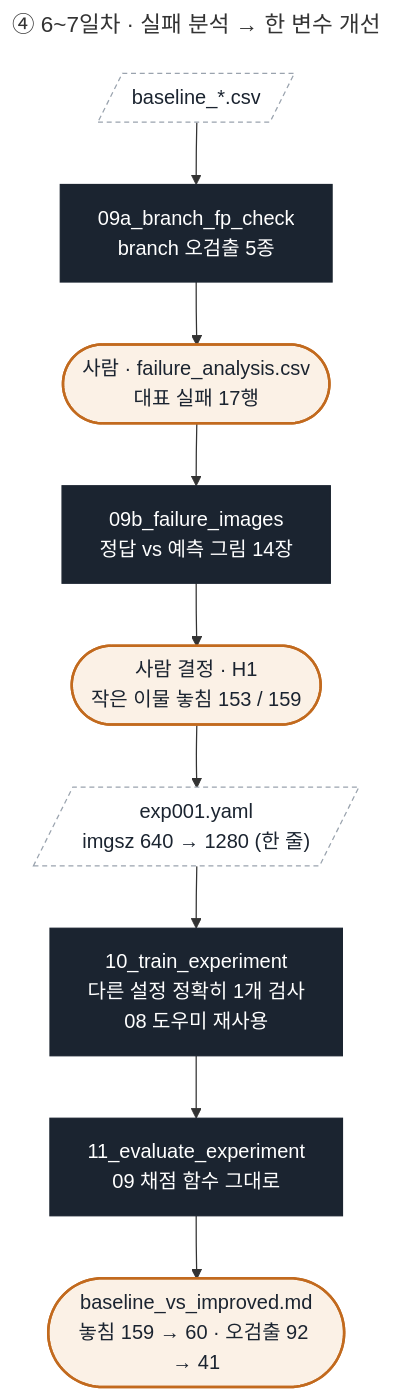
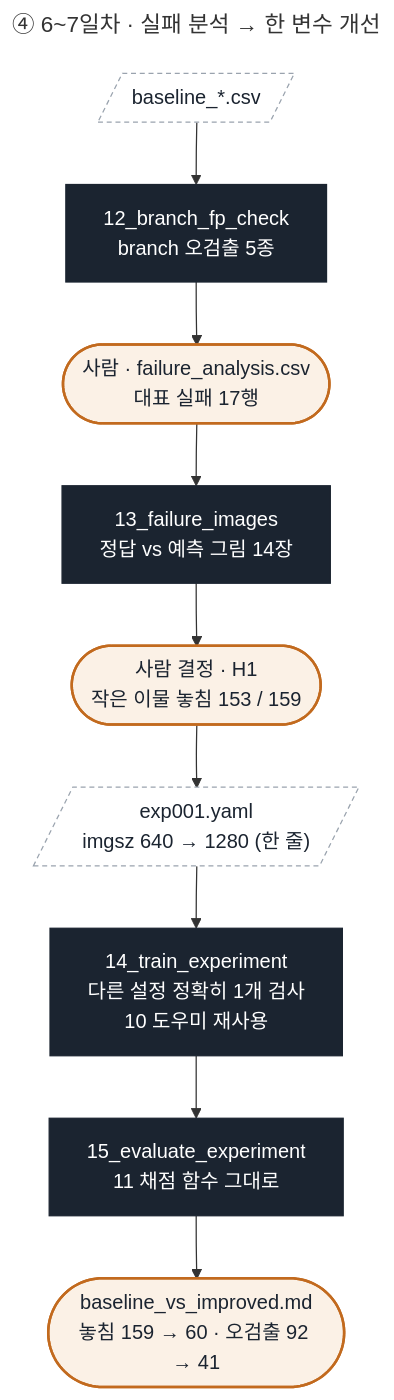
The fourth of 10 diagrams in prj08/docs/code_flow.md (howolcat/prj2026.10), drawn with Mermaid before and after one commit. The commit also changed other lines of this file and 129 other files, not shown here.

````diff
--- a/prj08/docs/code_flow.md
+++ b/prj08/docs/code_flow.md
@@ -115,22 +115,22 @@
 ```mermaid
 ---
 title: ④ 6~7일차 · 실패 분석 → 한 변수 개선
 ---
 flowchart TD
-    O09[/"baseline_*.csv"/] --> S09A["09a_branch_fp_check<br/>branch 오검출 5종"]
+    O09[/"baseline_*.csv"/] --> S09A["12_branch_fp_check<br/>branch 오검출 5종"]
     S09A --> FA(["사람 · failure_analysis.csv<br/>대표 실패 17행"])
-    FA --> S09B["09b_failure_images<br/>정답 vs 예측 그림 14장"]
+    FA --> S09B["13_failure_images<br/>정답 vs 예측 그림 14장"]
     S09B --> HYP(["사람 결정 · H1<br/>작은 이물 놓침 153 / 159"])
     HYP --> EY[/"exp001.yaml<br/>imgsz 640 → 1280 (한 줄)"/]
-    EY --> S10["10_train_experiment<br/>다른 설정 정확히 1개 검사<br/>08 도우미 재사용"]
-    S10 --> S11["11_evaluate_experiment<br/>09 채점 함수 그대로"]
+    EY --> S10["14_train_experiment<br/>다른 설정 정확히 1개 검사<br/>10 도우미 재사용"]
+    S10 --> S11["15_evaluate_experiment<br/>11 채점 함수 그대로"]
     S11 --> CMP(["baseline_vs_improved.md<br/>놓침 159 → 60 · 오검출 92 → 41"])
 
     classDef data fill:#E9ECE8,stroke:#9AA3AE,color:#1B2430
     classDef script fill:#1B2430,stroke:#1B2430,color:#FFFFFF
     classDef out fill:#FFFFFF,stroke:#9AA3AE,stroke-dasharray:4 3,color:#1B2430
     classDef human fill:#FBF1E6,stroke:#C26A1E,stroke-width:2px,color:#1B2430
     class S09A,S09B,S10,S11 script
     class O09,EY out
     class FA,HYP,CMP human
 ```
````
